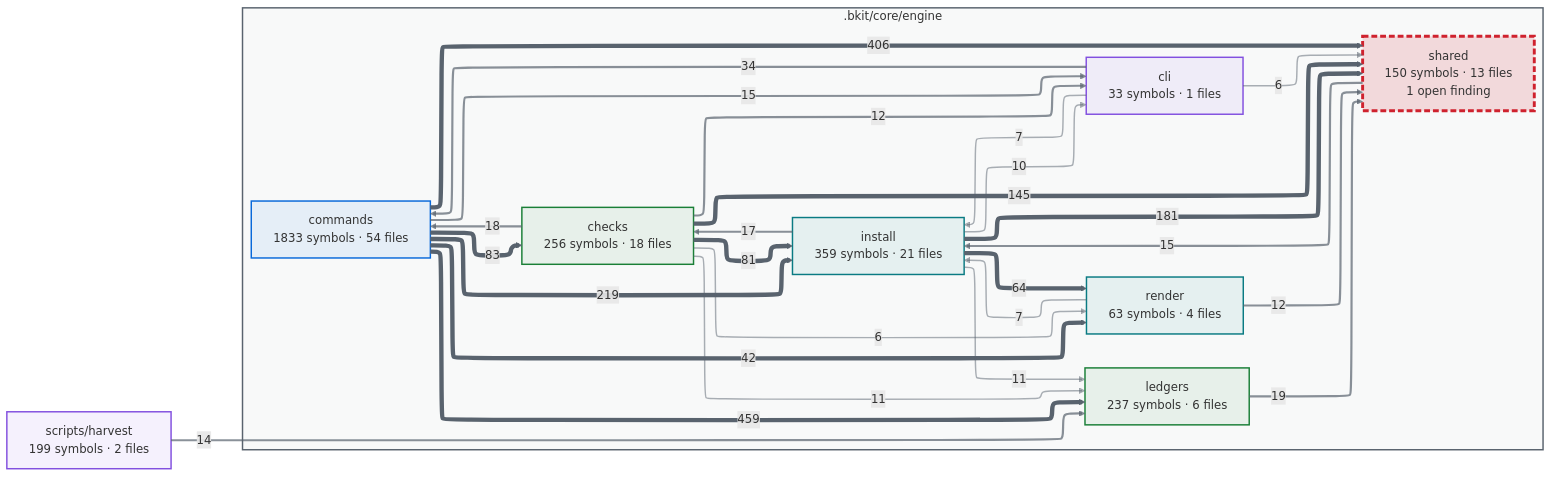
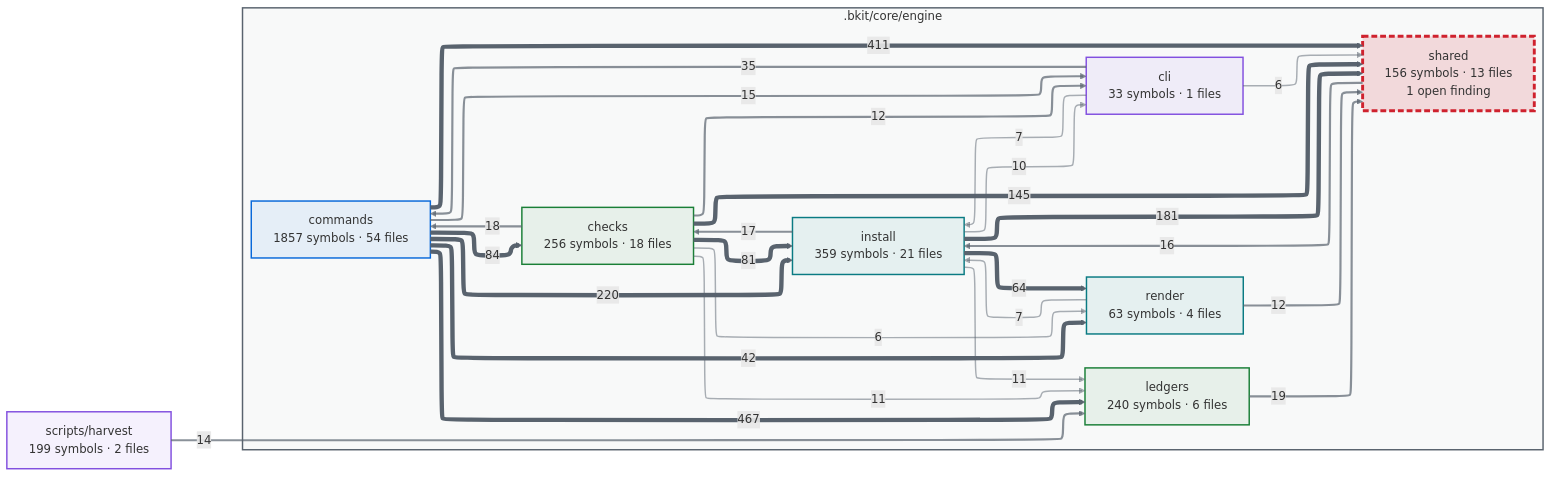
Before and after one commit to cbartens/bkit: the first of 2 diagrams in docs/capabilities.md, drawn with Mermaid. The commit also changed other lines of this file and 1 other file, not shown here.

First line of the commit message:
chore(328): rebuild the capability register with graphify 0.9.103

````diff
--- a/docs/capabilities.md
+++ b/docs/capabilities.md
@@ -154,80 +154,80 @@
 ```mermaid
 ---
 config:
   layout: elk
   themeCSS: "marker { overflow: visible; } marker path { transform: scale(1.8); transform-origin: 5px 5px; }"
   flowchart:
     useMaxWidth: false
 ---
 flowchart LR
   %% Generated by bkit-graphify-rollup.py — do not edit
   subgraph gn_bkit_core_engine[".bkit/core/engine"]
     n_bkit_core_engine_checks["checks<br/>256 symbols · 18 files"]
     n_bkit_core_engine_cli["cli<br/>33 symbols · 1 files"]
-    n_bkit_core_engine_commands["commands<br/>1833 symbols · 54 files"]
+    n_bkit_core_engine_commands["commands<br/>1857 symbols · 54 files"]
     n_bkit_core_engine_install["install<br/>359 symbols · 21 files"]
-    n_bkit_core_engine_ledgers["ledgers<br/>237 symbols · 6 files"]
+    n_bkit_core_engine_ledgers["ledgers<br/>240 symbols · 6 files"]
     n_bkit_core_engine_render["render<br/>63 symbols · 4 files"]
-    n_bkit_core_engine_shared["shared<br/>150 symbols · 13 files<br/>1 open finding"]
+    n_bkit_core_engine_shared["shared<br/>156 symbols · 13 files<br/>1 open finding"]
   end
   nscripts_harvest["scripts/harvest<br/>199 symbols · 2 files"]
-  n_bkit_core_engine_commands -->|459| n_bkit_core_engine_ledgers
-  n_bkit_core_engine_commands -->|406| n_bkit_core_engine_shared
-  n_bkit_core_engine_commands -->|219| n_bkit_core_engine_install
+  n_bkit_core_engine_commands -->|467| n_bkit_core_engine_ledgers
+  n_bkit_core_engine_commands -->|411| n_bkit_core_engine_shared
+  n_bkit_core_engine_commands -->|220| n_bkit_core_engine_install
   n_bkit_core_engine_install -->|181| n_bkit_core_engine_shared
   n_bkit_core_engine_checks -->|145| n_bkit_core_engine_shared
-  n_bkit_core_engine_commands -->|83| n_bkit_core_engine_checks
+  n_bkit_core_engine_commands -->|84| n_bkit_core_engine_checks
   n_bkit_core_engine_checks -->|81| n_bkit_core_engine_install
   n_bkit_core_engine_install -->|64| n_bkit_core_engine_render
   n_bkit_core_engine_commands -->|42| n_bkit_core_engine_render
-  n_bkit_core_engine_cli -->|34| n_bkit_core_engine_commands
+  n_bkit_core_engine_cli -->|35| n_bkit_core_engine_commands
   n_bkit_core_engine_ledgers -->|19| n_bkit_core_engine_shared
   n_bkit_core_engine_checks -->|18| n_bkit_core_engine_commands
   n_bkit_core_engine_install -->|17| n_bkit_core_engine_checks
-  n_bkit_core_engine_shared -->|15| n_bkit_core_engine_install
+  n_bkit_core_engine_shared -->|16| n_bkit_core_engine_install
   n_bkit_core_engine_commands -->|15| n_bkit_core_engine_cli
   nscripts_harvest -->|14| n_bkit_core_engine_ledgers
   n_bkit_core_engine_checks -->|12| n_bkit_core_engine_cli
   n_bkit_core_engine_render -->|12| n_bkit_core_engine_shared
   n_bkit_core_engine_checks -->|11| n_bkit_core_engine_ledgers
   n_bkit_core_engine_install -->|11| n_bkit_core_engine_ledgers
   n_bkit_core_engine_install -->|10| n_bkit_core_engine_cli
   n_bkit_core_engine_cli -->|7| n_bkit_core_engine_install
   n_bkit_core_engine_render -->|7| n_bkit_core_engine_install
   n_bkit_core_engine_checks -->|6| n_bkit_core_engine_render
   n_bkit_core_engine_cli -->|6| n_bkit_core_engine_shared
   style gn_bkit_core_engine fill:#59636e0a,stroke:#59636e,stroke-width:2px
   style n_bkit_core_engine_checks stroke:#1a7f37,stroke-width:2px,fill:#1a7f3714
   style n_bkit_core_engine_cli stroke:#8250df,stroke-width:2px,fill:#8250df14
   style n_bkit_core_engine_commands stroke:#0969da,stroke-width:2px,fill:#0969da14
   style n_bkit_core_engine_install stroke:#0a7b83,stroke-width:2px,fill:#0a7b8314
   style n_bkit_core_engine_ledgers stroke:#1a7f37,stroke-width:2px,fill:#1a7f3714
   style n_bkit_core_engine_render stroke:#0a7b83,stroke-width:2px,fill:#0a7b8314
   style n_bkit_core_engine_shared stroke:#cf222e,stroke-width:4px,stroke-dasharray:8 4,fill:#cf222e26
   style nscripts_harvest stroke:#8250df,stroke-width:2px,fill:#8250df14
   linkStyle 0 stroke:#59636e,stroke-width:6px
   linkStyle 1 stroke:#59636e,stroke-width:6px
   linkStyle 2 stroke:#59636e,stroke-width:6px
   linkStyle 3 stroke:#59636e,stroke-width:6px
   linkStyle 4 stroke:#59636e,stroke-width:6px
   linkStyle 5 stroke:#59636e,stroke-width:6px
   linkStyle 6 stroke:#59636e,stroke-width:6px
   linkStyle 7 stroke:#59636e,stroke-width:6px
   linkStyle 8 stroke:#59636e,stroke-width:6px
   linkStyle 9 stroke:#59636eb3,stroke-width:3px
   linkStyle 10 stroke:#59636eb3,stroke-width:3px
   linkStyle 11 stroke:#59636eb3,stroke-width:3px
   linkStyle 12 stroke:#59636eb3,stroke-width:3px
   linkStyle 13 stroke:#59636eb3,stroke-width:3px
   linkStyle 14 stroke:#59636eb3,stroke-width:3px
   linkStyle 15 stroke:#59636eb3,stroke-width:3px
   linkStyle 16 stroke:#59636eb3,stroke-width:3px
   linkStyle 17 stroke:#59636eb3,stroke-width:3px
   linkStyle 18 stroke:#59636e80,stroke-width:2px
   linkStyle 19 stroke:#59636e80,stroke-width:2px
   linkStyle 20 stroke:#59636e80,stroke-width:2px
   linkStyle 21 stroke:#59636e80,stroke-width:2px
   linkStyle 22 stroke:#59636e80,stroke-width:2px
   linkStyle 23 stroke:#59636e80,stroke-width:2px
   linkStyle 24 stroke:#59636e80,stroke-width:2px
 ```
````
